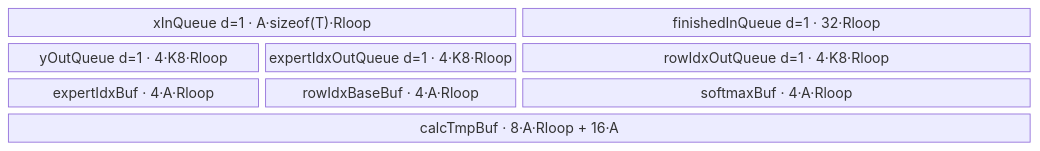
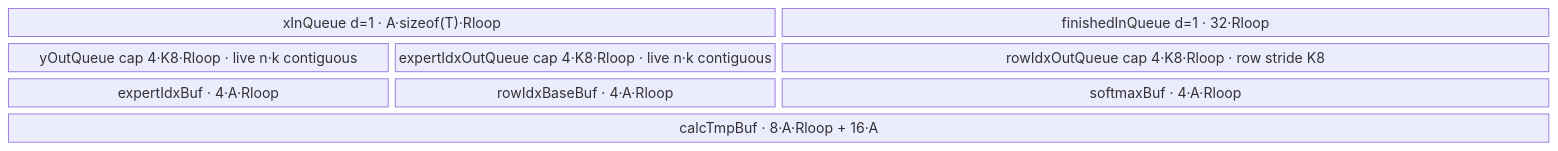
Before and after one commit to Atlas-Ascend-Fork/cannbot-knowledge: the diagram in knowledge/ops/ascendc/operators/direct/transformer/moe/moe_gating_top_k_softmax_950.md, drawn with Mermaid. The commit also changed other lines of this file and 54 other files, not shown here.

````diff
--- a/knowledge/ops/ascendc/operators/direct/transformer/moe/moe_gating_top_k_softmax_950.md
+++ b/knowledge/ops/ascendc/operators/direct/transformer/moe/moe_gating_top_k_softmax_950.md
@@ -313,13 +385,13 @@
 ```mermaid
 block-beta
   columns 4
   xq["xInQueue d=1 · A·sizeof(T)·Rloop"]:2
   fq["finishedInQueue d=1 · 32·Rloop"]:2
-  yq["yOutQueue d=1 · 4·K8·Rloop"]:1
-  eq["expertIdxOutQueue d=1 · 4·K8·Rloop"]:1
-  rq["rowIdxOutQueue d=1 · 4·K8·Rloop"]:2
+  yq["yOutQueue cap 4·K8·Rloop · live n·k contiguous"]:1
+  eq["expertIdxOutQueue cap 4·K8·Rloop · live n·k contiguous"]:1
+  rq["rowIdxOutQueue cap 4·K8·Rloop · row stride K8"]:2
   ebuf["expertIdxBuf · 4·A·Rloop"]:1
   rbuf["rowIdxBaseBuf · 4·A·Rloop"]:1
   sbuf["softmaxBuf · 4·A·Rloop"]:2
   cbuf["calcTmpBuf · 8·A·Rloop + 16·A"]:4
 ```
````
